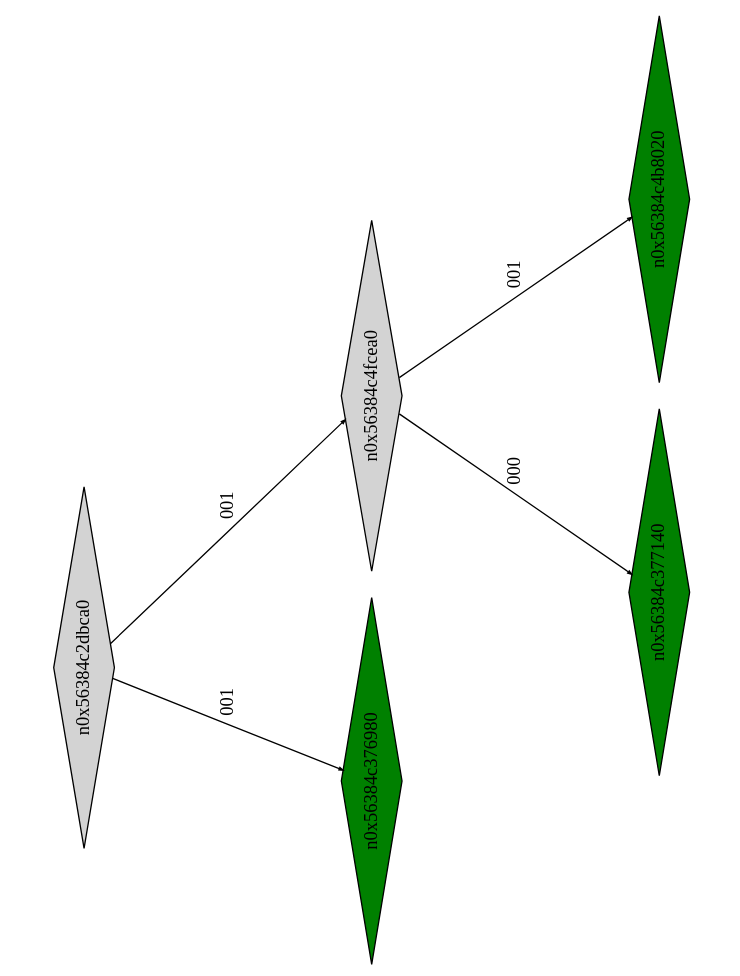
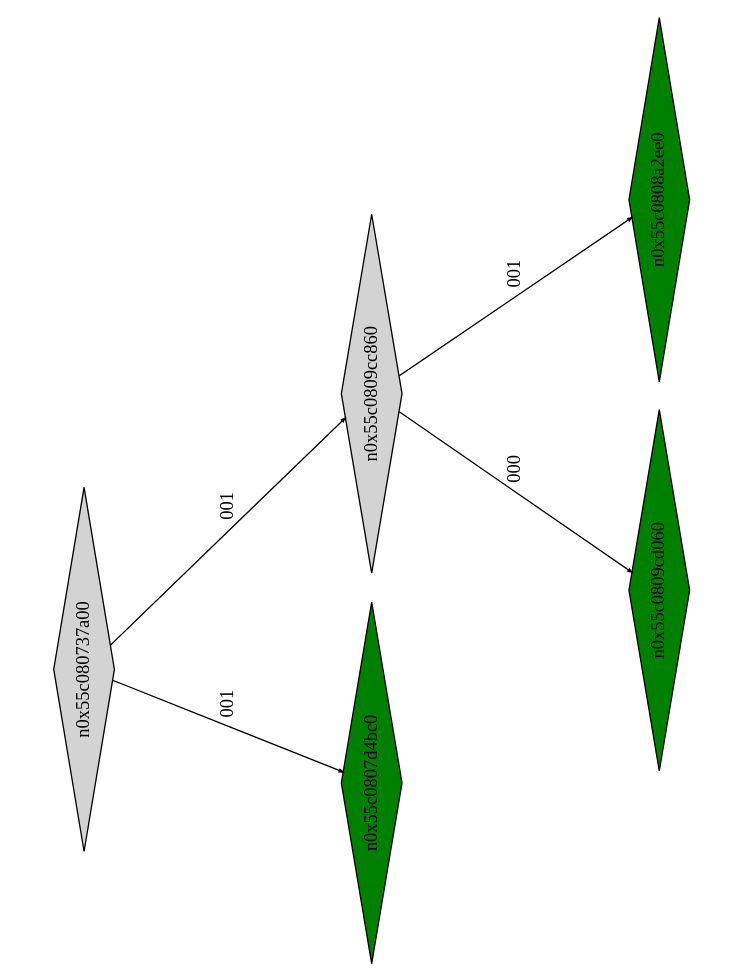
The diagram in montyhall_klee_out/ptree_00001030.dot (Research-Tools-PAVT/PSE-Program-Examples), drawn with Graphviz before and after one commit. The commit also changed 86 other files, not shown here.

```diff
--- a/montyhall_klee_out/ptree_00001030.dot
+++ b/montyhall_klee_out/ptree_00001030.dot
@@ -1,17 +1,17 @@
 digraph G {
 	size="10,7.5";
 	ratio=fill;
 	rotate=90;
 	center = "true";
 	node [style="filled",width=.1,height=.1,fontname="Terminus"]
 	edge [arrowsize=.3]
-	n0x56384c2dbca0 [shape=diamond];
-	n0x56384c2dbca0 -> n0x56384c376980 [label=001];
-	n0x56384c2dbca0 -> n0x56384c4fcea0 [label=001];
-	n0x56384c4fcea0 [shape=diamond];
-	n0x56384c4fcea0 -> n0x56384c377140 [label=000];
-	n0x56384c4fcea0 -> n0x56384c4b8020 [label=001];
-	n0x56384c4b8020 [shape=diamond,fillcolor=green];
-	n0x56384c377140 [shape=diamond,fillcolor=green];
-	n0x56384c376980 [shape=diamond,fillcolor=green];
+	n0x55c080737a00 [shape=diamond];
+	n0x55c080737a00 -> n0x55c0807d4bc0 [label=001];
+	n0x55c080737a00 -> n0x55c0809cc860 [label=001];
+	n0x55c0809cc860 [shape=diamond];
+	n0x55c0809cc860 -> n0x55c0809cd060 [label=000];
+	n0x55c0809cc860 -> n0x55c0808a2ee0 [label=001];
+	n0x55c0808a2ee0 [shape=diamond,fillcolor=green];
+	n0x55c0809cd060 [shape=diamond,fillcolor=green];
+	n0x55c0807d4bc0 [shape=diamond,fillcolor=green];
 }
```
